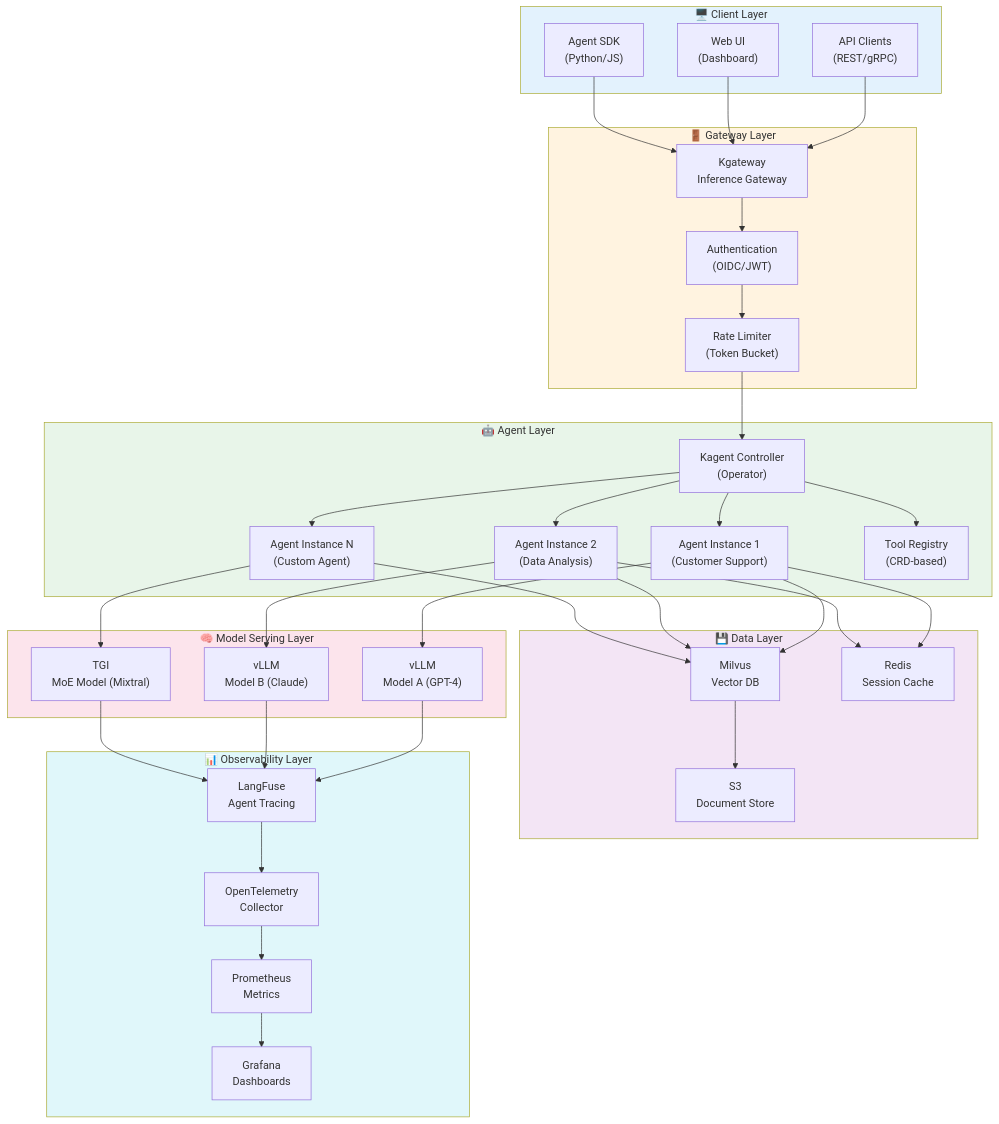
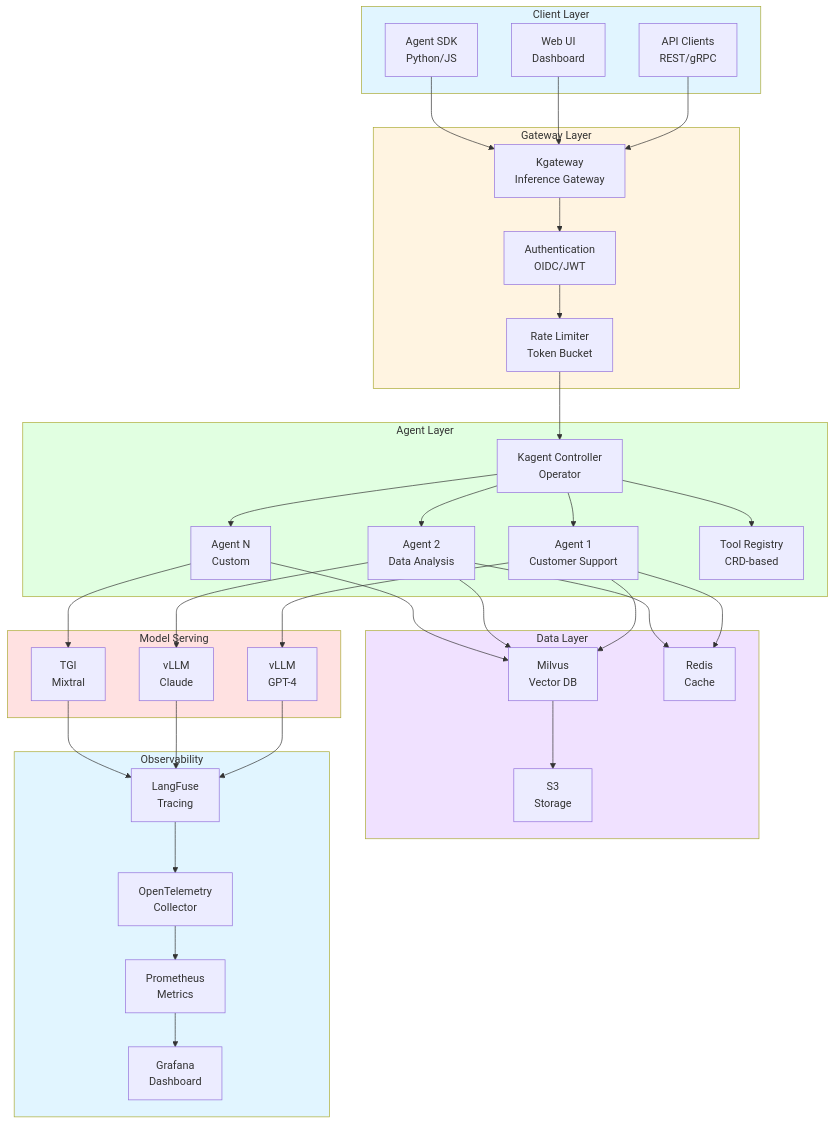
One commit to devfloor9/engineering-playbook changed the first of 10 diagrams in docs/agentic-ai-platform/design-architecture/agentic-platform-architecture.md. Above: the diagram before and after it, drawn with Mermaid. The commit also changed other lines of this file and 24 other files, not shown here.

````diff
--- a/docs/agentic-ai-platform/design-architecture/agentic-platform-architecture.md
+++ b/docs/agentic-ai-platform/design-architecture/agentic-platform-architecture.md
@@ -49,74 +49,74 @@
 ```mermaid
-graph TB
-    subgraph ClientLayer["🖥️ Client Layer"]
-        CLIENT["API Clients<br/>(REST/gRPC)"]
-        UI["Web UI<br/>(Dashboard)"]
-        SDK["Agent SDK<br/>(Python/JS)"]
+flowchart TD
+    subgraph ClientLayer["Client Layer"]
+        CLIENT["API Clients<br/>REST/gRPC"]
+        UI["Web UI<br/>Dashboard"]
+        SDK["Agent SDK<br/>Python/JS"]
     end
 
-    subgraph GatewayLayer["🚪 Gateway Layer"]
+    subgraph GatewayLayer["Gateway Layer"]
         KGWY["Kgateway<br/>Inference Gateway"]
-        AUTH["Authentication<br/>(OIDC/JWT)"]
-        RATE["Rate Limiter<br/>(Token Bucket)"]
+        AUTH["Authentication<br/>OIDC/JWT"]
+        RATE["Rate Limiter<br/>Token Bucket"]
     end
 
-    subgraph AgentLayer["🤖 Agent Layer"]
-        KAGENT["Kagent Controller<br/>(Operator)"]
-        AGENT1["Agent Instance 1<br/>(Customer Support)"]
-        AGENT2["Agent Instance 2<br/>(Data Analysis)"]
-        AGENTN["Agent Instance N<br/>(Custom Agent)"]
-        TOOLS["Tool Registry<br/>(CRD-based)"]
+    subgraph AgentLayer["Agent Layer"]
+        KAGENT["Kagent Controller<br/>Operator"]
+        AGENT1["Agent 1<br/>Customer Support"]
+        AGENT2["Agent 2<br/>Data Analysis"]
+        AGENTN["Agent N<br/>Custom"]
+        TOOLS["Tool Registry<br/>CRD-based"]
     end
 
-    subgraph ModelLayer["🧠 Model Serving Layer"]
-        VLLM1["vLLM<br/>Model A (GPT-4)"]
-        VLLM2["vLLM<br/>Model B (Claude)"]
-        TGI["TGI<br/>MoE Model (Mixtral)"]
+    subgraph ModelLayer["Model Serving"]
+        VLLM1["vLLM<br/>GPT-4"]
+        VLLM2["vLLM<br/>Claude"]
+        TGI["TGI<br/>Mixtral"]
     end
 
-    subgraph DataLayer["💾 Data Layer"]
+    subgraph DataLayer["Data Layer"]
         MILVUS["Milvus<br/>Vector DB"]
-        REDIS["Redis<br/>Session Cache"]
-        S3["S3<br/>Document Store"]
+        REDIS["Redis<br/>Cache"]
+        S3["S3<br/>Storage"]
     end
 
-    subgraph ObservabilityLayer["📊 Observability Layer"]
-        LANGFUSE["LangFuse<br/>Agent Tracing"]
+    subgraph ObsLayer["Observability"]
+        LANGFUSE["LangFuse<br/>Tracing"]
         PROM["Prometheus<br/>Metrics"]
-        GRAFANA["Grafana<br/>Dashboards"]
+        GRAFANA["Grafana<br/>Dashboard"]
         OTEL["OpenTelemetry<br/>Collector"]
     end
 
     CLIENT --> KGWY
     UI --> KGWY
     SDK --> KGWY
     KGWY --> AUTH
     AUTH --> RATE
     RATE --> KAGENT
     KAGENT --> AGENT1
     KAGENT --> AGENT2
     KAGENT --> AGENTN
     KAGENT --> TOOLS
     AGENT1 --> VLLM1
     AGENT2 --> VLLM2
     AGENTN --> TGI
     AGENT1 --> MILVUS
     AGENT2 --> MILVUS
     AGENTN --> MILVUS
     AGENT1 --> REDIS
     AGENT2 --> REDIS
     MILVUS --> S3
     VLLM1 --> LANGFUSE
     VLLM2 --> LANGFUSE
     TGI --> LANGFUSE
     LANGFUSE --> OTEL
     OTEL --> PROM
     PROM --> GRAFANA
 
-    style ClientLayer fill:#e3f2fd
-    style GatewayLayer fill:#fff3e0
-    style AgentLayer fill:#e8f5e9
-    style ModelLayer fill:#fce4ec
-    style DataLayer fill:#f3e5f5
-    style ObservabilityLayer fill:#e0f7fa
+    style ClientLayer fill:#e1f5ff
+    style GatewayLayer fill:#fff4e1
+    style AgentLayer fill:#e1ffe1
+    style ModelLayer fill:#ffe1e1
+    style DataLayer fill:#f0e1ff
+    style ObsLayer fill:#e1f5ff
 ```
````
